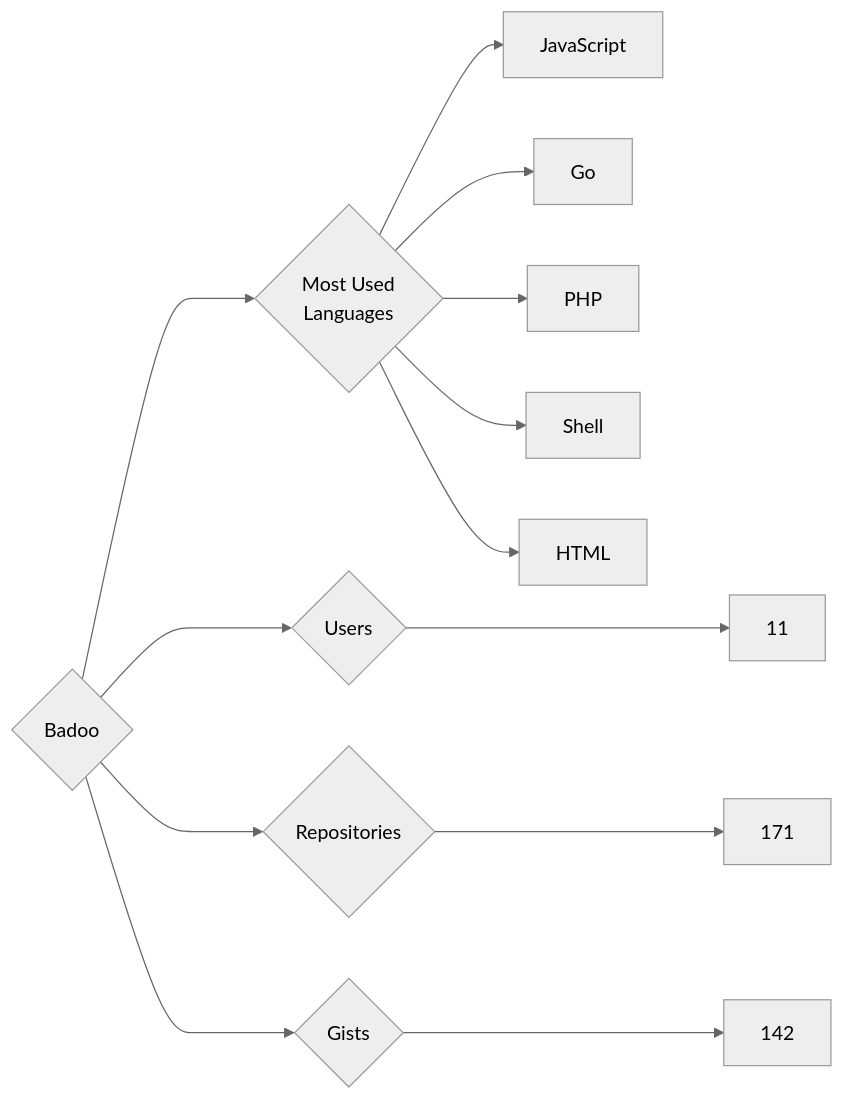
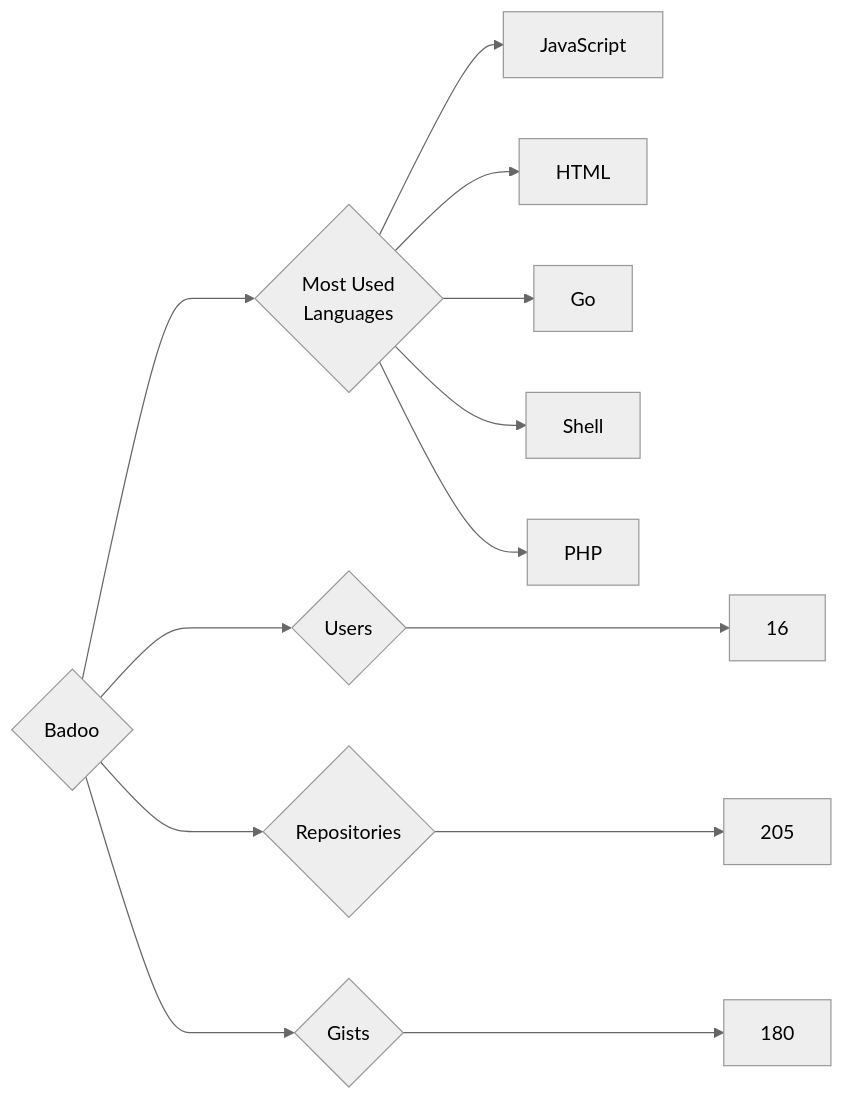
Before and after one commit to trickest/insiders: the diagram in targets/Badoo/README.md, drawn with Mermaid (neutral theme). The commit also changed 823 other files, not shown here.

````diff
--- a/targets/Badoo/README.md
+++ b/targets/Badoo/README.md
@@ -3,13 +3,13 @@
 ```mermaid
 graph LR
 COMPANY_NAME{Badoo}
-COMPANY_NAME ---> U{Users} ---> UN[11]
-COMPANY_NAME ---> R{Repositories} ---> RN[171]
-COMPANY_NAME ---> G{Gists} ---> GN[142]
+COMPANY_NAME ---> U{Users} ---> UN[16]
+COMPANY_NAME ---> R{Repositories} ---> RN[205]
+COMPANY_NAME ---> G{Gists} ---> GN[180]
 COMPANY_NAME ---> ML{Most Used<br>Languages}
 ML --> JavaScript[JavaScript]
+ML --> HTML[HTML]
 ML --> Go[Go]
+ML --> Shell[Shell]
 ML --> PHP[PHP]
-ML --> Shell[Shell]
-ML --> HTML[HTML]
 ```
````
